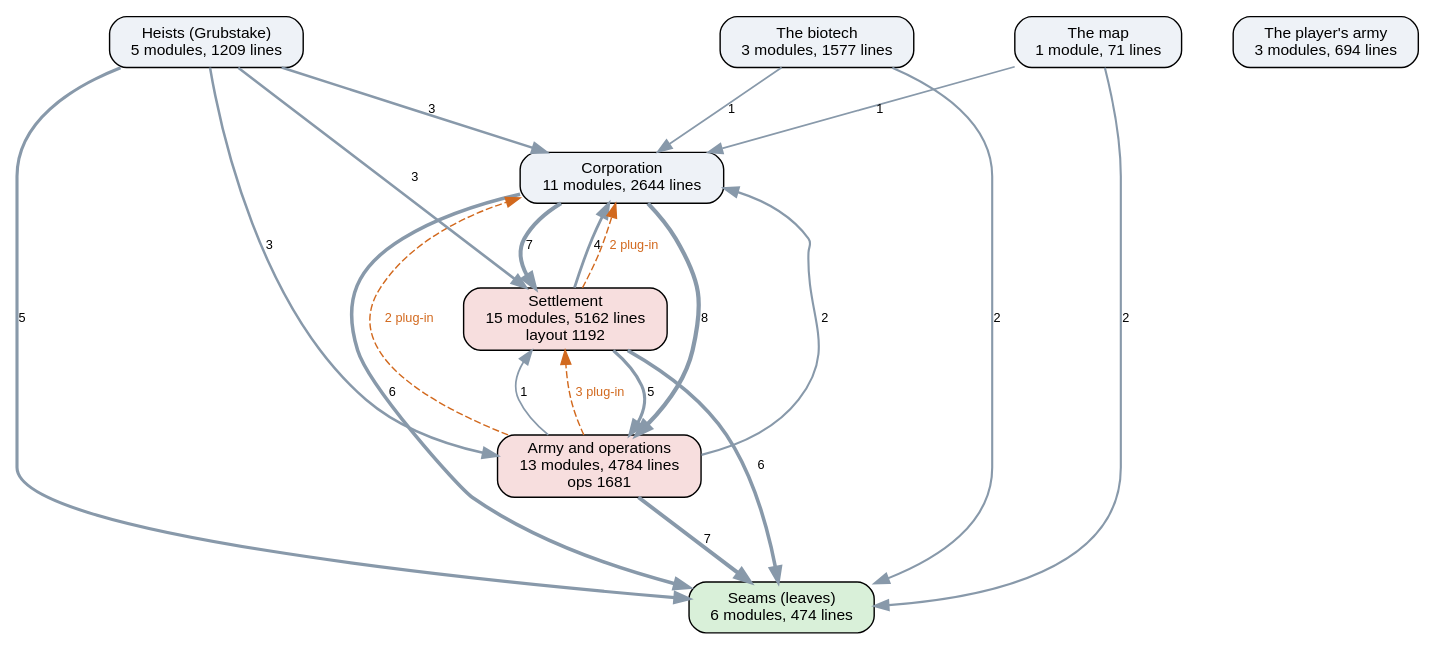
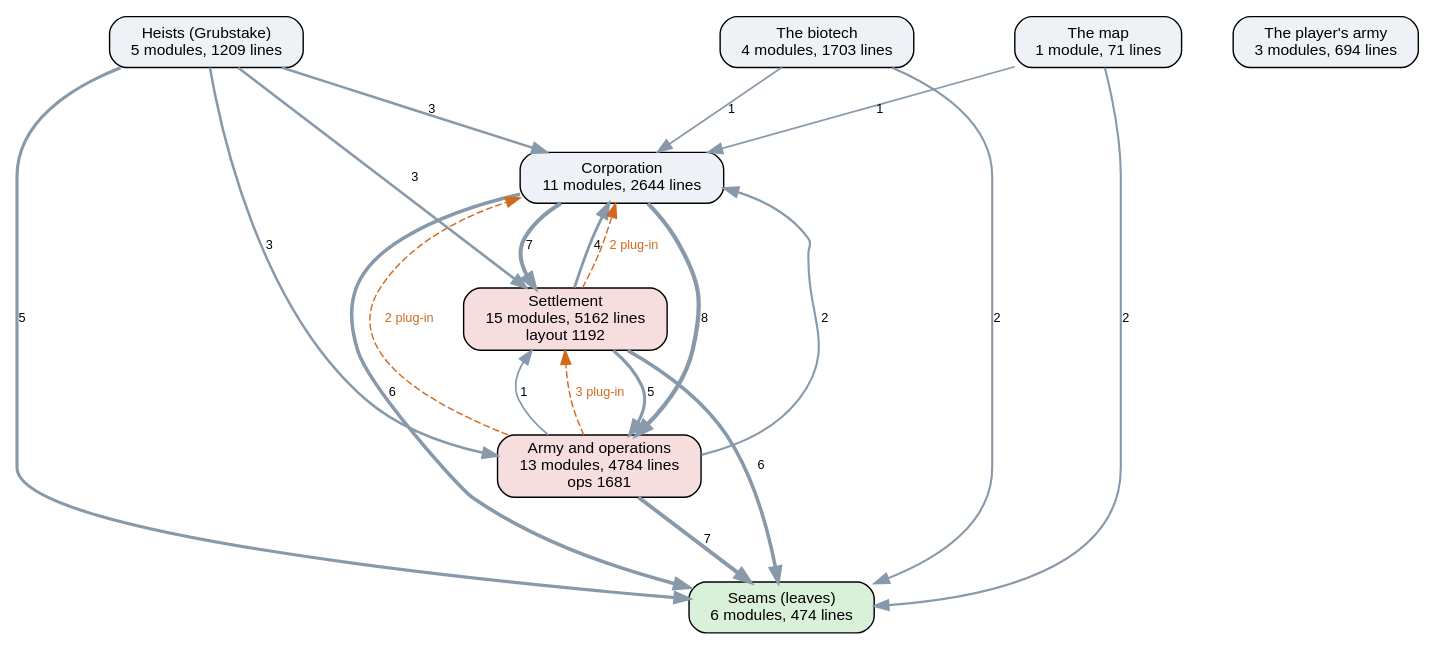
The diagram in docs/ai-layers.dot (kinelhu/landing-party), drawn with Graphviz before and after one commit. The commit also changed 24 other files, not shown here.

```diff
--- a/docs/ai-layers.dot
+++ b/docs/ai-layers.dot
@@ -1,33 +1,33 @@
 digraph layers {
   graph [rankdir=TB, fontname="Helvetica", nodesep=0.5, ranksep=0.7];
   node [shape=box, style="rounded,filled", fontname="Helvetica", fontsize=11, fillcolor="#eef2f7"];
   edge [color="#8899aa", fontname="Helvetica", fontsize=9];
   "Seams (leaves)" [label="Seams (leaves)\n6 modules, 474 lines", fillcolor="#d9f0d9"];
   "Corporation" [label="Corporation\n11 modules, 2644 lines", fillcolor="#eef2f7"];
   "Settlement" [label="Settlement\n15 modules, 5162 lines\nlayout 1192", fillcolor="#f7dede"];
   "Army and operations" [label="Army and operations\n13 modules, 4784 lines\nops 1681", fillcolor="#f7dede"];
   "Heists (Grubstake)" [label="Heists (Grubstake)\n5 modules, 1209 lines", fillcolor="#eef2f7"];
-  "The biotech" [label="The biotech\n3 modules, 1577 lines", fillcolor="#eef2f7"];
+  "The biotech" [label="The biotech\n4 modules, 1703 lines", fillcolor="#eef2f7"];
   "The map" [label="The map\n1 module, 71 lines", fillcolor="#eef2f7"];
   "The player's army" [label="The player's army\n3 modules, 694 lines", fillcolor="#eef2f7"];
   "Army and operations" -> "Corporation" [label="2", penwidth=1.5];
   "Army and operations" -> "Seams (leaves)" [label="7", penwidth=2.8];
   "Army and operations" -> "Settlement" [label="1", penwidth=1.2];
   "Corporation" -> "Army and operations" [label="8", penwidth=3.0];
   "Corporation" -> "Seams (leaves)" [label="6", penwidth=2.5];
   "Corporation" -> "Settlement" [label="7", penwidth=2.8];
   "Heists (Grubstake)" -> "Army and operations" [label="3", penwidth=1.8];
   "Heists (Grubstake)" -> "Corporation" [label="3", penwidth=1.8];
   "Heists (Grubstake)" -> "Seams (leaves)" [label="5", penwidth=2.2];
   "Heists (Grubstake)" -> "Settlement" [label="3", penwidth=1.8];
   "Settlement" -> "Army and operations" [label="5", penwidth=2.2];
   "Settlement" -> "Corporation" [label="4", penwidth=2.0];
   "Settlement" -> "Seams (leaves)" [label="6", penwidth=2.5];
   "The biotech" -> "Corporation" [label="1", penwidth=1.2];
   "The biotech" -> "Seams (leaves)" [label="2", penwidth=1.5];
   "The map" -> "Corporation" [label="1", penwidth=1.2];
   "The map" -> "Seams (leaves)" [label="2", penwidth=1.5];
   "Army and operations" -> "Corporation" [style=dashed, color="#d2691e", fontcolor="#d2691e", label="2 plug-in"];
   "Army and operations" -> "Settlement" [style=dashed, color="#d2691e", fontcolor="#d2691e", label="3 plug-in"];
   "Settlement" -> "Corporation" [style=dashed, color="#d2691e", fontcolor="#d2691e", label="2 plug-in"];
 }
```
